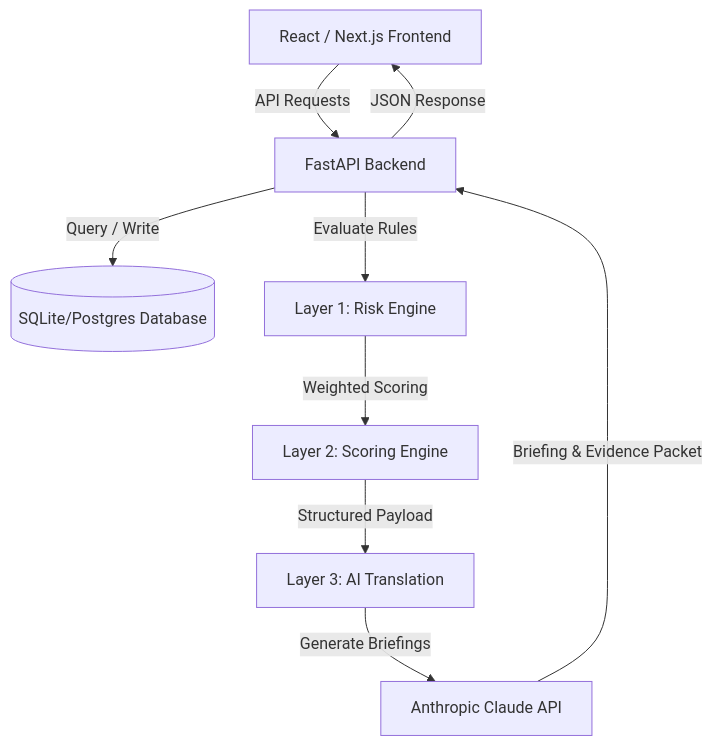
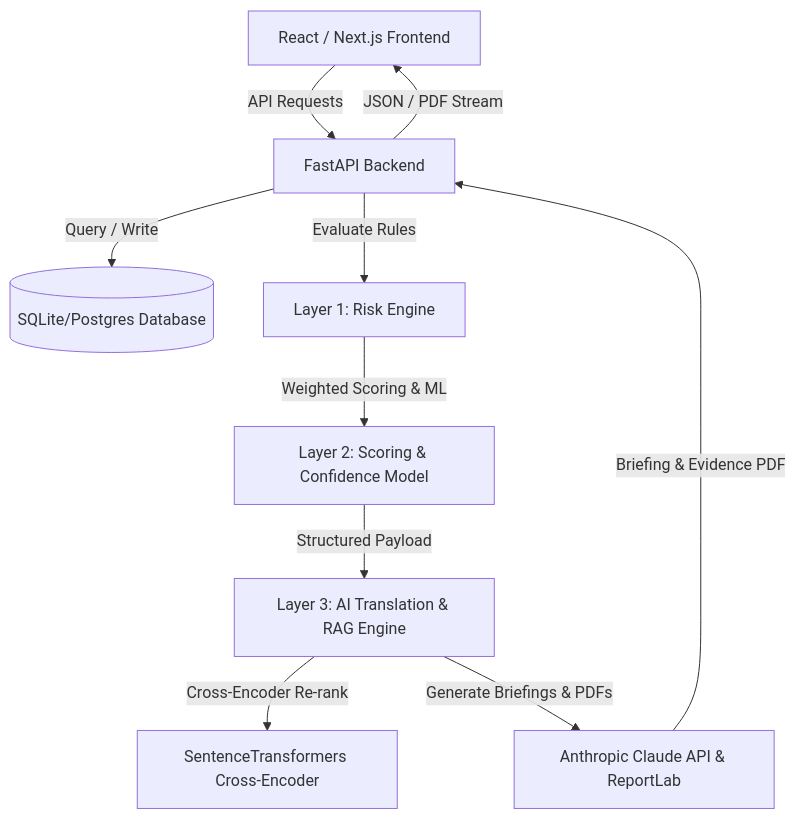
Before and after one commit to jainharshil34/Sentinal-: the diagram in README.md, drawn with Mermaid. The commit also changed other lines of this file and 15 other files, not shown here.

Commit message:
feat: add geospatial heatmap canvas, cross-encoder RAG, PDF evidence export, per-alert explainability, and noise reduction scorecard metrics

````diff
--- a/README.md
+++ b/README.md
@@ -42,11 +43,12 @@
 ```mermaid
 graph TD
     A[React / Next.js Frontend] -->|API Requests| B[FastAPI Backend]
     B -->|Query / Write| C[(SQLite/Postgres Database)]
     B -->|Evaluate Rules| D[Layer 1: Risk Engine]
-    D -->|Weighted Scoring| E[Layer 2: Scoring Engine]
-    E -->|Structured Payload| F[Layer 3: AI Translation]
-    F -->|Generate Briefings| G[Anthropic Claude API]
-    G -->|Briefing & Evidence Packet| B
-    B -->|JSON Response| A
+    D -->|Weighted Scoring & ML| E[Layer 2: Scoring & Confidence Model]
+    E -->|Structured Payload| F[Layer 3: AI Translation & RAG Engine]
+    F -->|Cross-Encoder Re-rank| G[SentenceTransformers Cross-Encoder]
+    F -->|Generate Briefings & PDFs| H[Anthropic Claude API & ReportLab]
+    H -->|Briefing & Evidence PDF| B
+    B -->|JSON / PDF Stream| A
 ```
````
